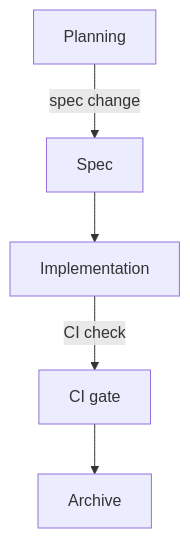
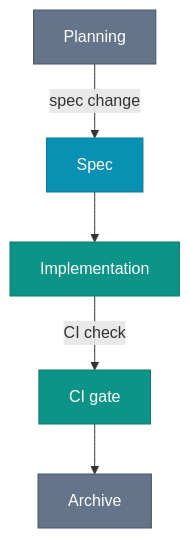
Before and after one commit to intent-engineering-for-coding-agents/book: the second of 2 diagrams in content/foundation/plain-text-as-code.md, drawn with Mermaid. The commit also changed other lines of this file and 3 other files, not shown here.

First line of the commit message:
Tighten PR Taxonomy prose and unify Mermaid diagram styling

````diff
--- a/content/foundation/plain-text-as-code.md
+++ b/content/foundation/plain-text-as-code.md
@@ -49,7 +53,11 @@
 ```mermaid
 graph TD
-    A[Planning] -->|spec change| B[Spec]
-    B --> C[Implementation]
-    C -->|CI check| D[CI gate]
-    D --> E[Archive]
+    classDef stage fill:#0d9488,stroke:#0f766e,color:#fff
+    classDef spec fill:#0891b2,stroke:#0e7490,color:#fff
+    classDef bookend fill:#64748b,stroke:#475569,color:#fff
+
+    A[Planning]:::bookend -->|spec change| B[Spec]:::spec
+    B --> C[Implementation]:::stage
+    C -->|CI check| D[CI gate]:::stage
+    D --> E[Archive]:::bookend
 ```
````
